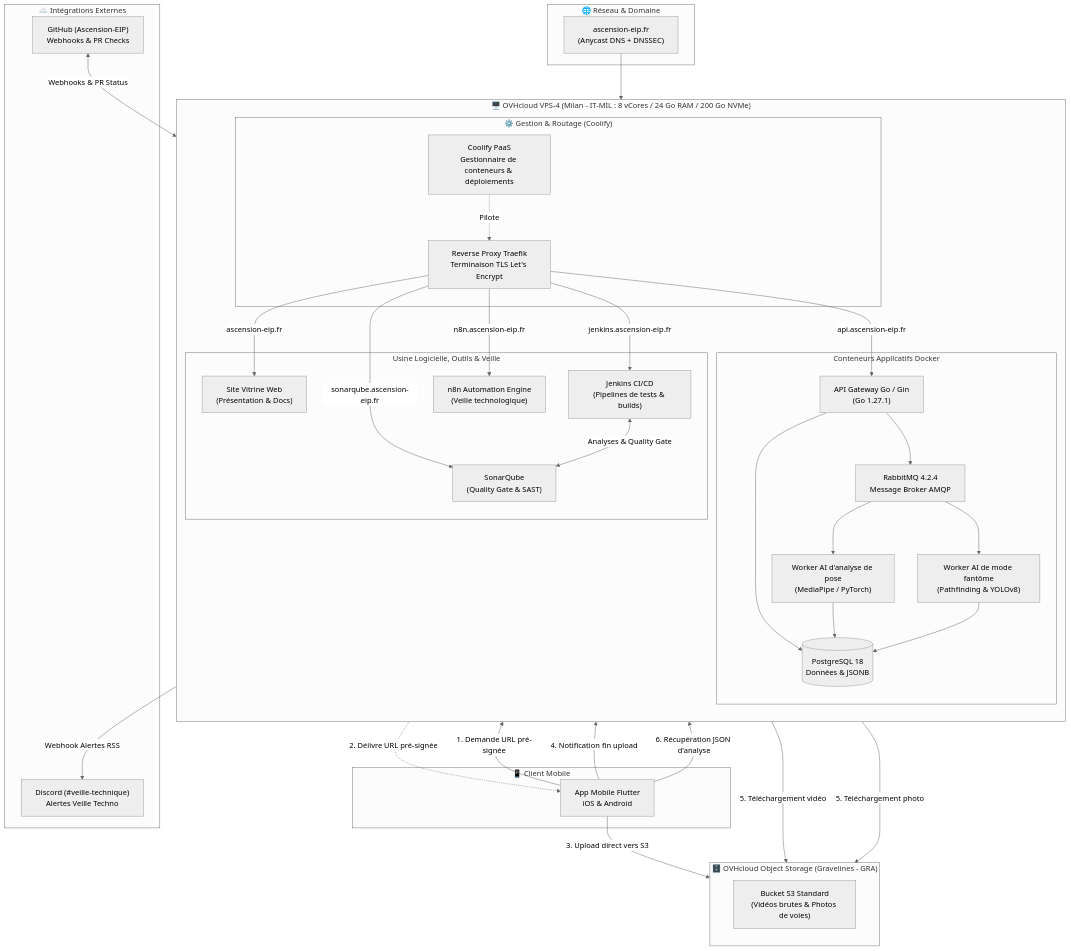
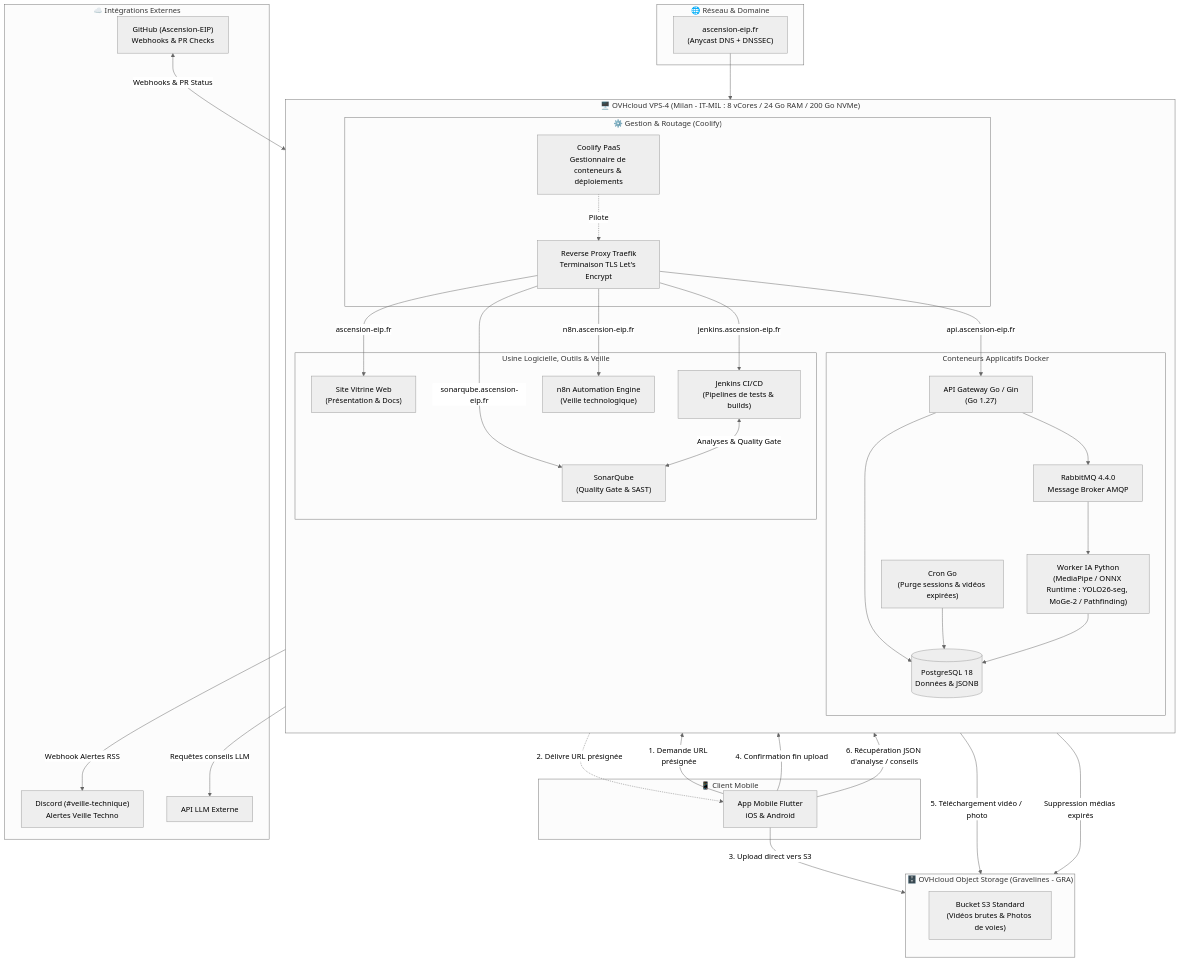
One commit to Ascension-EIP/Ascension changed the third of 5 diagrams in docs/Ascension/administrative/eip-objectives-delivery/mandatory-2/architecture-and-data-diagrams.md. Above: the diagram before and after it, drawn with Mermaid (neutral theme). The commit also changed other lines of this file, not shown here.

Commit message:
feat(docs): Update diagrams and descriptions for Ascension project

````diff
--- a/docs/Ascension/administrative/eip-objectives-delivery/mandatory-2/architecture-and-data-diagrams.md
+++ b/docs/Ascension/administrative/eip-objectives-delivery/mandatory-2/architecture-and-data-diagrams.md
@@ -137,72 +151,73 @@
 ```mermaid
 flowchart TB
     subgraph Client ["📱 Client Mobile"]
         App["App Mobile Flutter<br/>iOS & Android"]
     end
 
     subgraph ExtServices ["☁️ Intégrations Externes"]
         GH["GitHub (Ascension-EIP)<br/>Webhooks & PR Checks"]
         Discord["Discord (#veille-technique)<br/>Alertes Veille Techno"]
+        Llm["API LLM Externe"]
     end
 
     subgraph DNS ["🌐 Réseau & Domaine"]
         Domain["ascension-eip.fr<br/>(Anycast DNS + DNSSEC)"]
     end
 
     subgraph Storage ["🗄️ OVHcloud Object Storage (Gravelines - GRA)"]
         direction TB
         Bucket["Bucket S3 Standard<br/>(Vidéos brutes & Photos de voies)"]
     end
 
     subgraph Compute ["🖥️ OVHcloud VPS-4 (Milan - IT-MIL : 8 vCores / 24 Go RAM / 200 Go NVMe)"]
         direction TB
 
         subgraph Management ["⚙️ Gestion & Routage (Coolify)"]
             Coolify["Coolify PaaS<br/>Gestionnaire de conteneurs & déploiements"]
             Proxy["Reverse Proxy Traefik<br/>Terminaison TLS Let's Encrypt"]
             Coolify -.->|Pilote| Proxy
         end
 
         subgraph CoreApp ["Conteneurs Applicatifs Docker"]
-            API["API Gateway Go / Gin<br/>(Go 1.27.1)"]
-            RabbitMQ["RabbitMQ 4.2.4<br/>Message Broker AMQP"]
-            WorkerPose["Worker AI d'analyse de pose<br/>(MediaPipe / PyTorch)"]
-            WorkerGhost["Worker AI de mode fantôme<br/>(Pathfinding & YOLOv8)"]
+            API["API Gateway Go / Gin<br/>(Go 1.27)"]
+            Cron["Cron Go<br/>(Purge sessions & vidéos expirées)"]
+            RabbitMQ["RabbitMQ 4.4.0<br/>Message Broker AMQP"]
+            WorkerAI["Worker IA Python<br/>(MediaPipe / ONNX Runtime : YOLO26-seg, MoGe-2 / Pathfinding)"]
             DB[("PostgreSQL 18<br/>Données & JSONB")]
         end
 
         subgraph ToolingAndCI ["Usine Logicielle, Outils & Veille"]
             WebSite["Site Vitrine Web<br/>(Présentation & Docs)"]
             Jenkins["Jenkins CI/CD<br/>(Pipelines de tests & builds)"]
             Sonar["SonarQube<br/>(Quality Gate & SAST)"]
             N8N["n8n Automation Engine<br/>(Veille technologique)"]
         end
 
         Proxy -->|api.ascension-eip.fr| API
         Proxy -->|ascension-eip.fr| WebSite
         Proxy -->|jenkins.ascension-eip.fr| Jenkins
         Proxy -->|sonarqube.ascension-eip.fr| Sonar
         Proxy -->|n8n.ascension-eip.fr| N8N
 
         API --> DB
         API --> RabbitMQ
-        RabbitMQ --> WorkerPose
-        RabbitMQ --> WorkerGhost
-        WorkerPose --> DB
-        WorkerGhost --> DB
+        Cron --> DB
+        RabbitMQ --> WorkerAI
+        WorkerAI --> DB
 
         Jenkins <-->|Analyses & Quality Gate| Sonar
     end
 
     Domain --> Proxy
     GH <-->|Webhooks & PR Status| Jenkins
     N8N -->|Webhook Alertes RSS| Discord
+    WorkerAI -->|Requêtes conseils LLM| Llm
 
-    App -->|"1. Demande URL pré-signée"| API
-    API -.->|"2. Délivre URL pré-signée"| App
+    App -->|"1. Demande URL présignée"| API
+    API -.->|"2. Délivre URL présignée"| App
     App -->|"3. Upload direct vers S3"| Bucket
-    App -->|"4. Notification fin upload"| API
-    WorkerPose -->|"5. Téléchargement vidéo"| Bucket
-    WorkerGhost -->|"5. Téléchargement photo"| Bucket
-    App -->|"6. Récupération JSON d'analyse"| API
+    App -->|"4. Confirmation fin upload"| API
+    WorkerAI -->|"5. Téléchargement vidéo / photo"| Bucket
+    Cron -->|"Suppression médias expirés"| Bucket
+    App -->|"6. Récupération JSON d'analyse / conseils"| API
 ```
````
